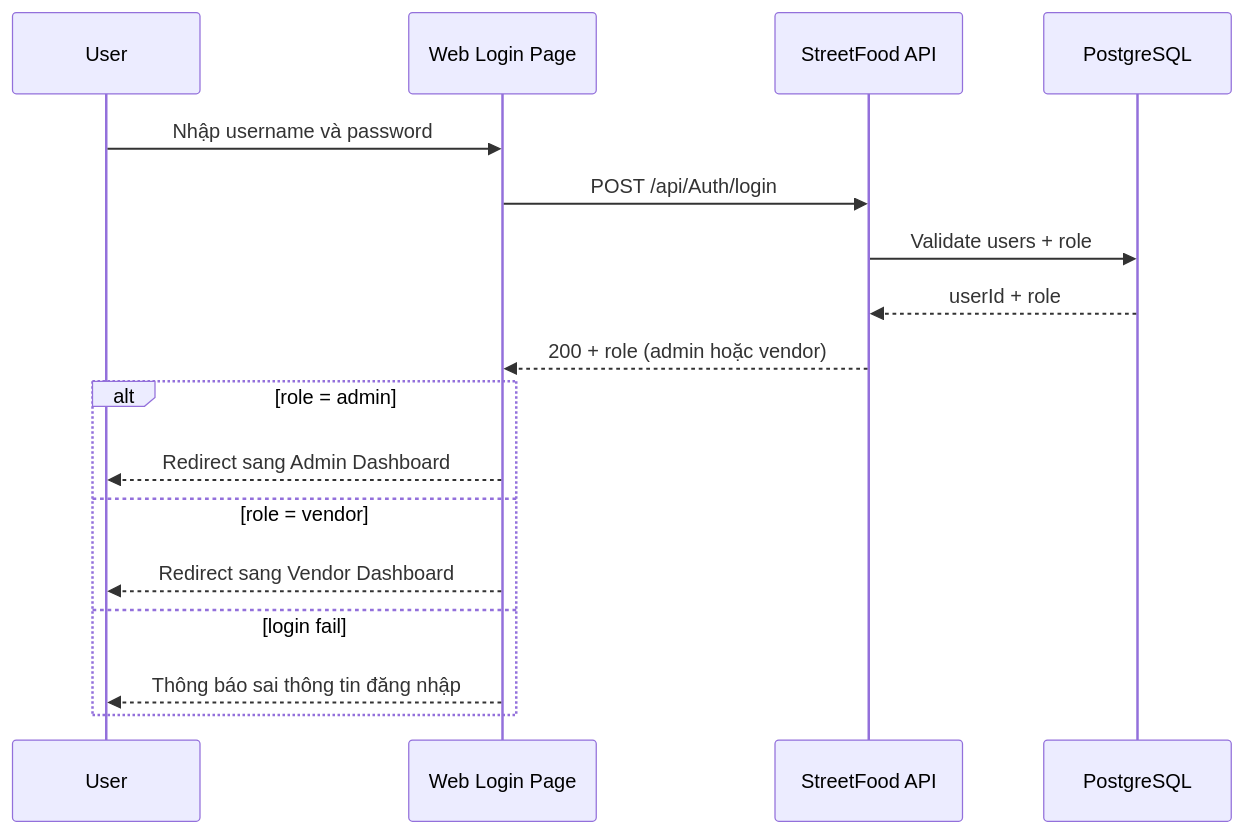
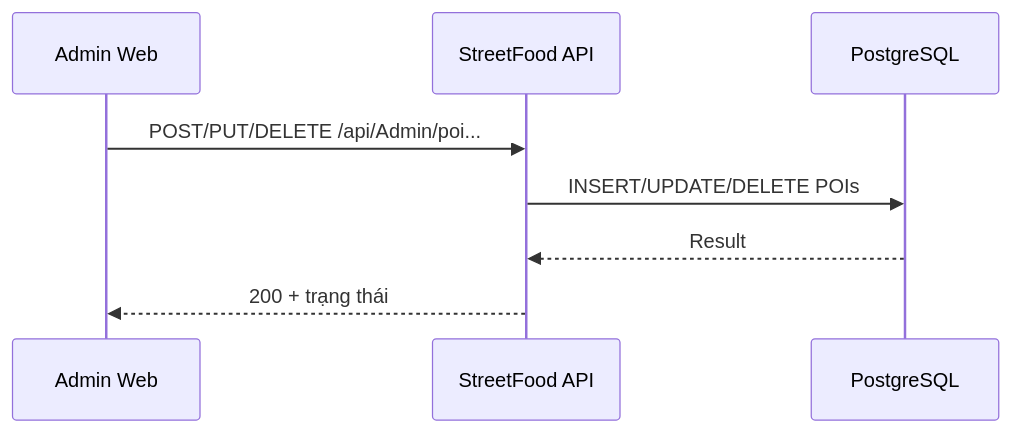
One commit to NguyenPhuc-Du/StreetFood changed diagram 15 of 46 in prd.md. Above: the diagram before and after it, drawn with Mermaid. The commit also changed other lines of this file and 1 other file, not shown here.

````diff
--- a/prd.md
+++ b/prd.md
@@ -859,21 +867,10 @@
 ```mermaid
 sequenceDiagram
-    participant U as User
-    participant W as Web Login Page
+    participant A as Admin Web
     participant API as StreetFood API
     participant DB as PostgreSQL
-
-    U->>W: Nhập username và password
-    W->>API: POST /api/Auth/login
-    API->>DB: Validate users + role
-    DB-->>API: userId + role
-    API-->>W: 200 + role (admin hoặc vendor)
-
-    alt role = admin
-        W-->>U: Redirect sang Admin Dashboard
-    else role = vendor
-        W-->>U: Redirect sang Vendor Dashboard
-    else login fail
-        W-->>U: Thông báo sai thông tin đăng nhập
-    end
+    A->>API: POST/PUT/DELETE /api/Admin/poi...
+    API->>DB: INSERT/UPDATE/DELETE POIs
+    DB-->>API: Result
+    API-->>A: 200 + trạng thái
 ```
````
